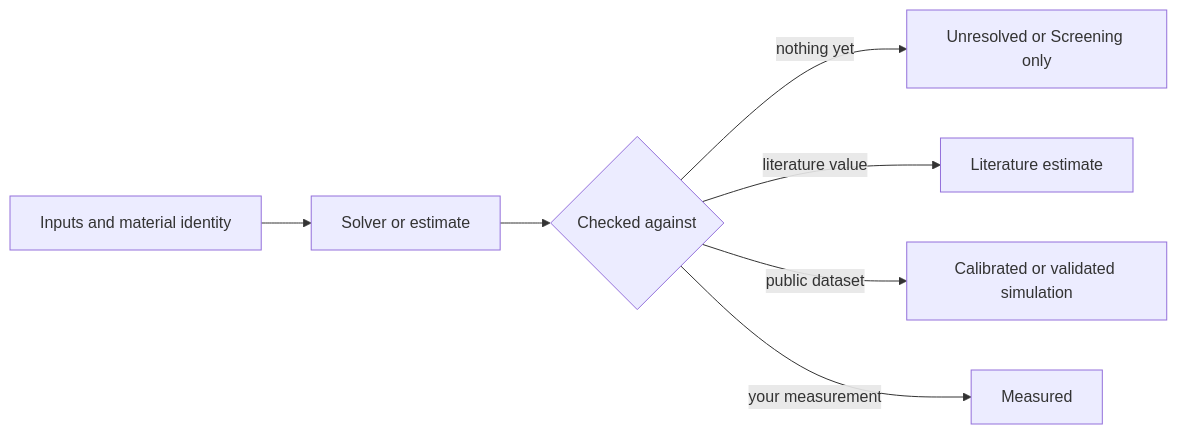
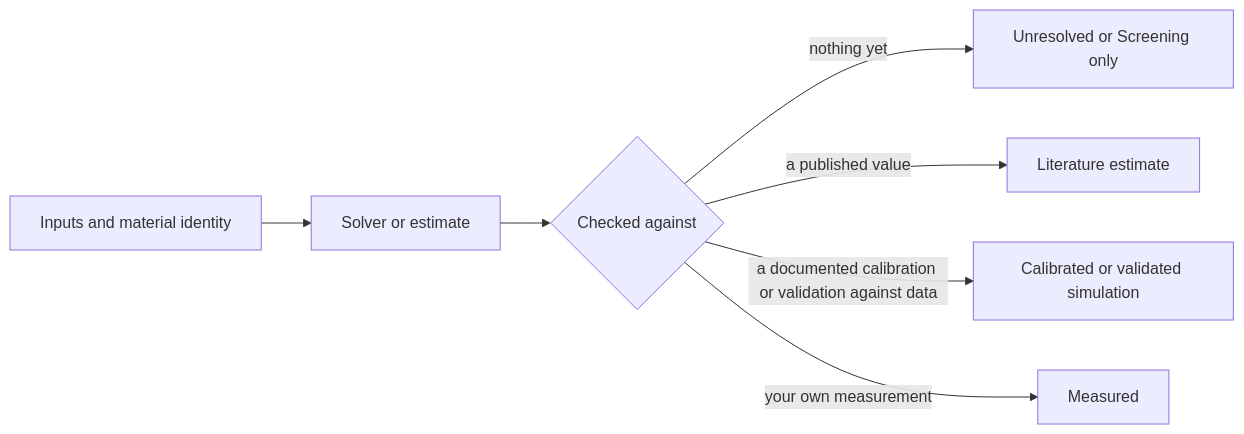
The second of 2 diagrams in README.md (canerganis/Metalliksa), drawn with Mermaid before and after one commit. The commit also changed other lines of this file, not shown here.

Commit message:
docs: README evidence diagram no longer implies a dataset comparison validates a result

````diff
--- a/README.md
+++ b/README.md
@@ -66,9 +66,9 @@
 ```mermaid
 flowchart LR
     I["Inputs and material identity"] --> S["Solver or estimate"]
     S --> C{"Checked against"}
     C -->|"nothing yet"| U["Unresolved or Screening only"]
-    C -->|"literature value"| L["Literature estimate"]
-    C -->|"public dataset"| V["Calibrated or validated simulation"]
-    C -->|"your measurement"| M["Measured"]
+    C -->|"a published value"| L["Literature estimate"]
+    C -->|"a documented calibration or validation against data"| V["Calibrated or validated simulation"]
+    C -->|"your own measurement"| M["Measured"]
 ```
````
